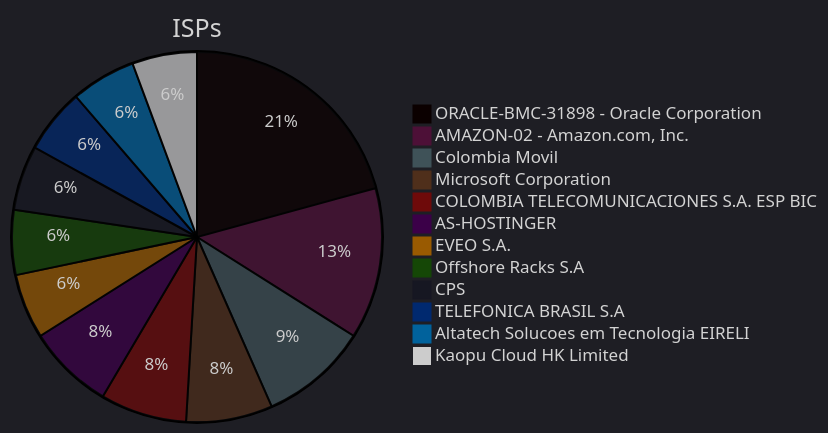
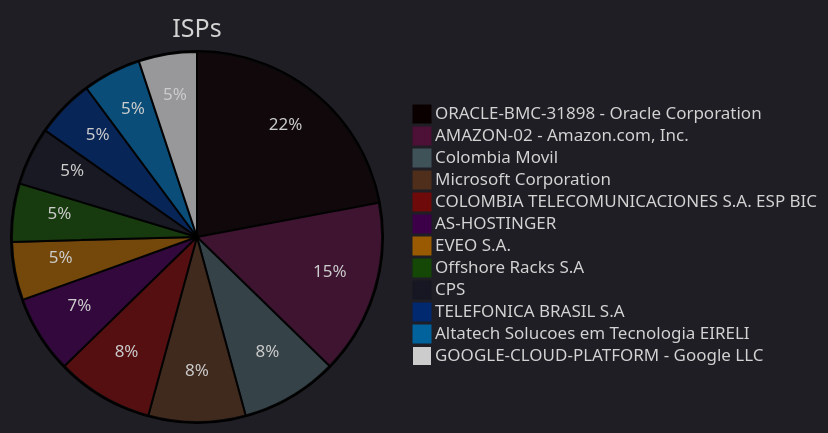
The fourth of 8 diagrams in zolim.md (ZoqueLabs/website), drawn with Mermaid before and after one commit. The commit also changed other lines of this file, not shown here.

````diff
--- a/zolim.md
+++ b/zolim.md
@@ -93,19 +93,19 @@
 ```mermaid
 ---
 config:
   theme: dark
 ---
 pie title ISPs
-  "ORACLE-BMC-31898 - Oracle Corporation" : 11
-  "AMAZON-02 - Amazon.com, Inc." : 7
+  "ORACLE-BMC-31898 - Oracle Corporation" : 13
+  "AMAZON-02 - Amazon.com, Inc." : 9
   "Colombia Movil" : 5
-  "Microsoft Corporation" : 4
-  "COLOMBIA TELECOMUNICACIONES S.A. ESP BIC" : 4
+  "Microsoft Corporation" : 5
+  "COLOMBIA TELECOMUNICACIONES S.A. ESP BIC" : 5
   "AS-HOSTINGER" : 4
   "EVEO S.A." : 3
   "Offshore Racks S.A" : 3
   "CPS" : 3
   "TELEFONICA BRASIL S.A" : 3
   "Altatech Solucoes em Tecnologia EIRELI" : 3
-  "Kaopu Cloud HK Limited" : 3
+  "GOOGLE-CLOUD-PLATFORM - Google LLC" : 3
 ```
````
